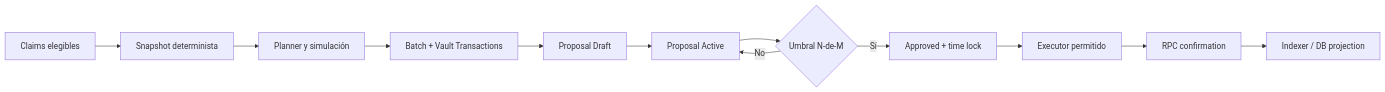
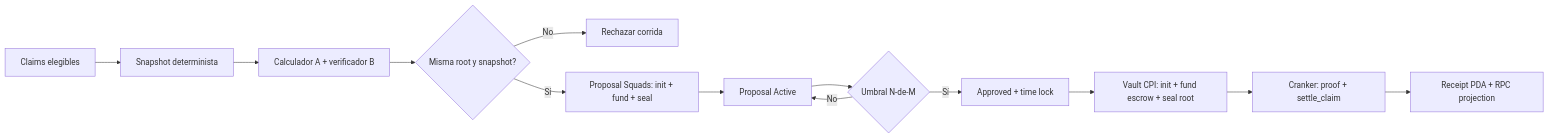
One commit to jeisonsosablockdev/bluebrick-app changed the diagram in knowledge/rfcs/EPIC-015-squads-v4-treasury-claims/SOLUTION-ARCHITECTURE.md. Above: the diagram before and after it, drawn with Mermaid. The commit also changed other lines of this file and 9 other files, not shown here.

Commit message:
docs(epic-015): update RFC architecture and implementation specifications

````diff
--- a/knowledge/rfcs/EPIC-015-squads-v4-treasury-claims/SOLUTION-ARCHITECTURE.md
+++ b/knowledge/rfcs/EPIC-015-squads-v4-treasury-claims/SOLUTION-ARCHITECTURE.md
@@ -74,14 +79,15 @@
 ```mermaid
 flowchart LR
   A[Claims elegibles] --> B[Snapshot determinista]
-  B --> C[Planner y simulación]
-  C --> D[Batch + Vault Transactions]
-  D --> E[Proposal Draft]
+  B --> C[Calculador A + verificador B]
+  C --> D{Misma root y snapshot?}
+  D -->|No| X[Rechazar corrida]
+  D -->|Sí| E[Proposal Squads: init + fund + seal]
   E --> F[Proposal Active]
   F --> G{Umbral N-de-M}
   G -->|No| F
   G -->|Sí| H[Approved + time lock]
-  H --> I[Executor permitido]
-  I --> J[RPC confirmation]
-  J --> K[Indexer / DB projection]
+  H --> I[Vault CPI: init + fund escrow + seal root]
+  I --> J[Cranker: proof + settle_claim]
+  J --> K[Receipt PDA + RPC projection]
 ```
````
